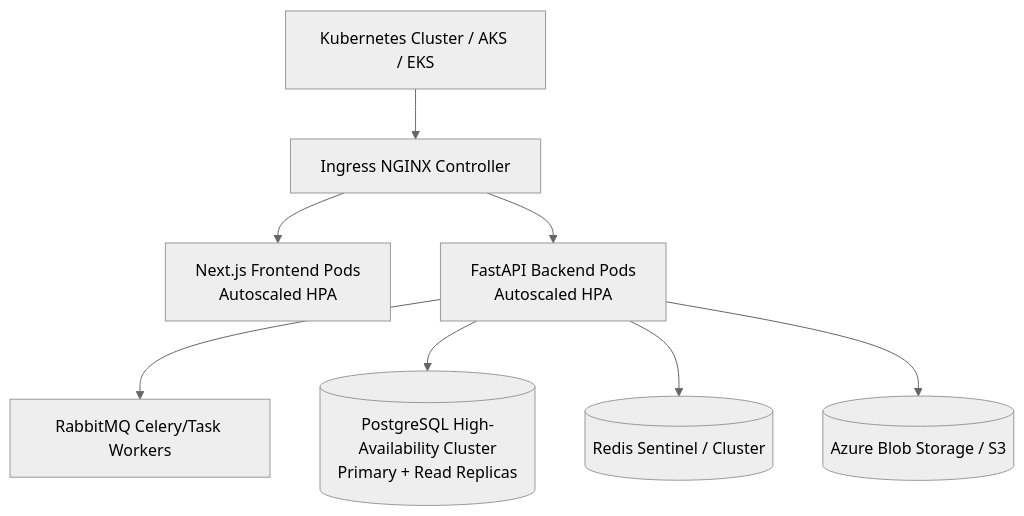
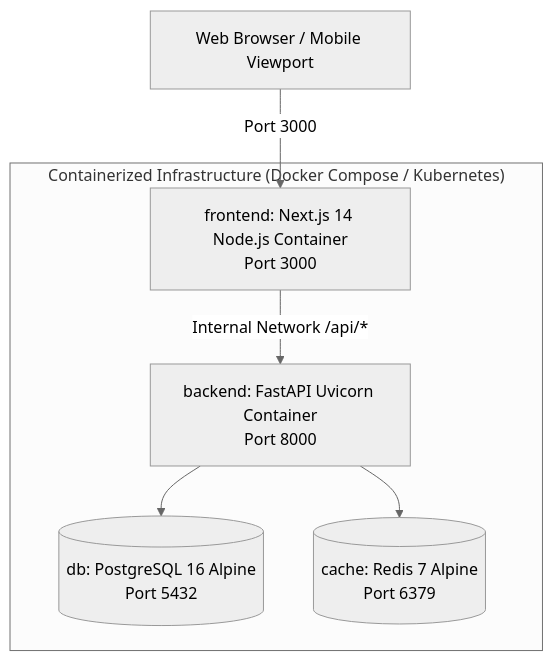
The seventh of 7 diagrams in ARCHITECTURE.md (Raymonddinesh/zeramai-hr), drawn with Mermaid (neutral theme) before and after one commit. The commit also changed other lines of this file and 4 other files, not shown here.

Commit message:
Docs: Update system architecture specification, complete step-by-step operations guide, technical documentation, and release notes for v2.1.0

````diff
--- a/ARCHITECTURE.md
+++ b/ARCHITECTURE.md
@@ -132,12 +240,14 @@
 ```mermaid
 graph TD
-    K8s[Kubernetes Cluster / AKS / EKS]
-    K8s --> IngressController[Ingress NGINX Controller]
-    IngressController --> FE_Pods[Next.js Frontend Pods\nAutoscaled HPA]
-    IngressController --> BE_Pods[FastAPI Backend Pods\nAutoscaled HPA]
-    BE_Pods --> Worker_Pods[RabbitMQ Celery/Task Workers]
-    
-    BE_Pods --> PG_HA[(PostgreSQL High-Availability Cluster\nPrimary + Read Replicas)]
-    BE_Pods --> Redis_HA[(Redis Sentinel / Cluster)]
-    BE_Pods --> AzureBlob[(Azure Blob Storage / S3)]
+    subgraph Host ["Containerized Infrastructure (Docker Compose / Kubernetes)"]
+        FE[frontend: Next.js 14 Node.js Container\nPort 3000]
+        BE[backend: FastAPI Uvicorn Container\nPort 8000]
+        DB[(db: PostgreSQL 16 Alpine\nPort 5432)]
+        CACHE[(cache: Redis 7 Alpine\nPort 6379)]
+    end
+
+    ClientBrowser[Web Browser / Mobile Viewport] -->|Port 3000| FE
+    FE -->|Internal Network /api/*| BE
+    BE --> DB
+    BE --> CACHE
 ```
````
